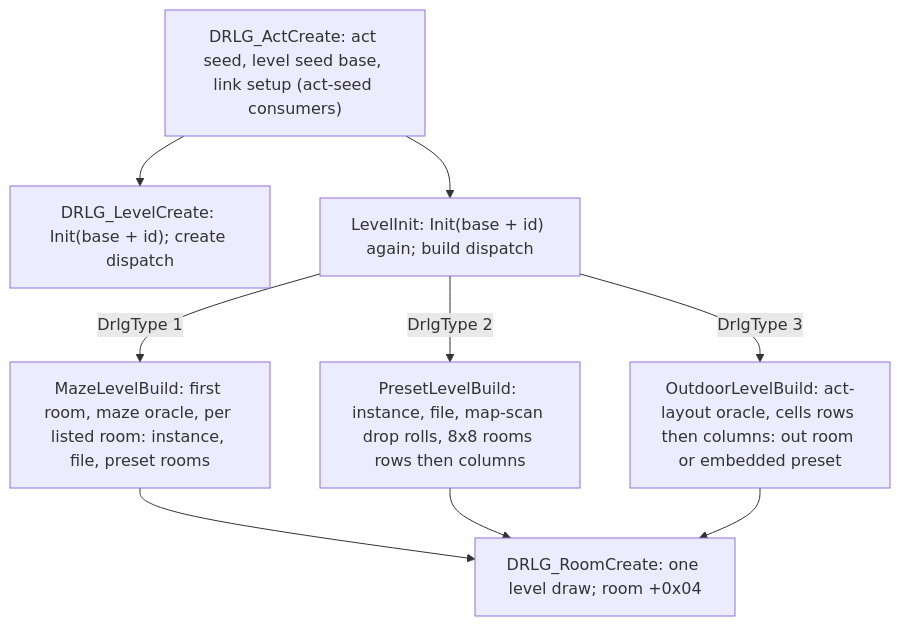
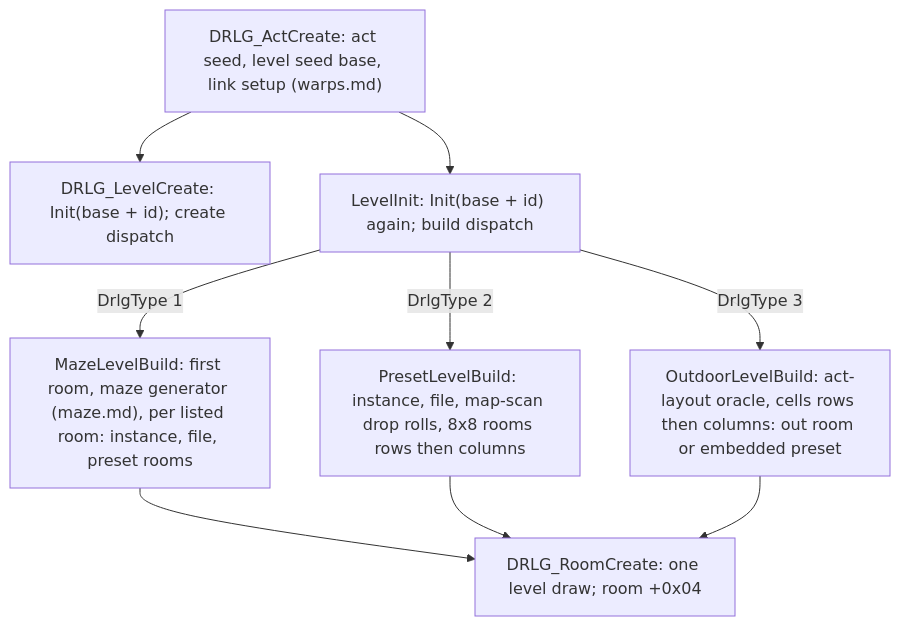
One commit to IgorKonovalov/diablo-2-recompilation changed the first of 5 diagrams in docs/specs/drlg/README.md. Above: the diagram before and after it, drawn with Mermaid. The commit also changed other lines of this file and 8 other files, not shown here.

First line of the commit message:
docs(specs): drlg/maze and drlg/warps drafted, overview, collision and spawn inputs replaced (plan 0022 Phase 3)

````diff
--- a/docs/specs/drlg/README.md
+++ b/docs/specs/drlg/README.md
@@ -101,18 +103,18 @@
 ```mermaid
 flowchart TD
-  act["DRLG_ActCreate: act seed, level seed base, link setup (act-seed consumers)"]
+  act["DRLG_ActCreate: act seed, level seed base, link setup (warps.md)"]
   lc["DRLG_LevelCreate: Init(base + id); create dispatch"]
   li["LevelInit: Init(base + id) again; build dispatch"]
-  maze["MazeLevelBuild: first room, maze oracle, per listed room: instance, file, preset rooms"]
+  maze["MazeLevelBuild: first room, maze generator (maze.md), per listed room: instance, file, preset rooms"]
   pre["PresetLevelBuild: instance, file, map-scan drop rolls, 8x8 rooms rows then columns"]
   out["OutdoorLevelBuild: act-layout oracle, cells rows then columns: out room or embedded preset"]
   room["DRLG_RoomCreate: one level draw; room +0x04"]
   act --> lc
   act --> li
   li -->|"DrlgType 1"| maze
   li -->|"DrlgType 2"| pre
   li -->|"DrlgType 3"| out
   maze --> room
   pre --> room
   out --> room
 ```
````
